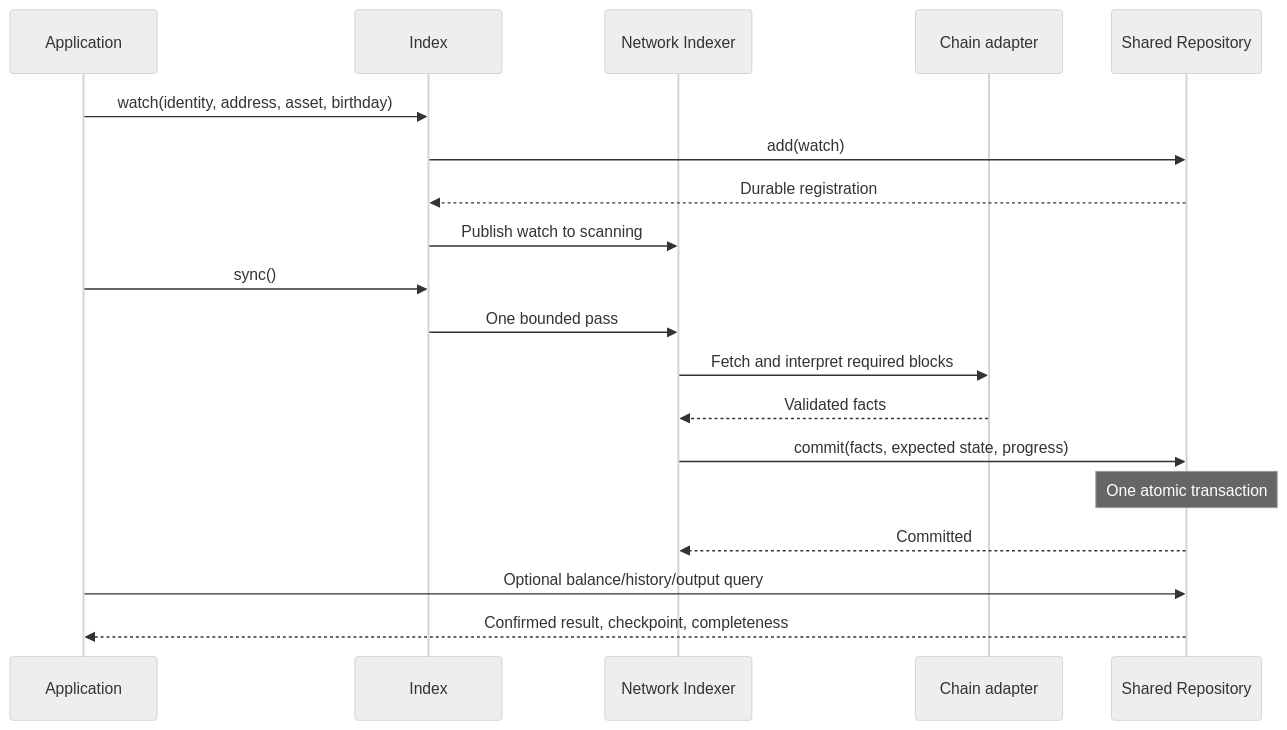
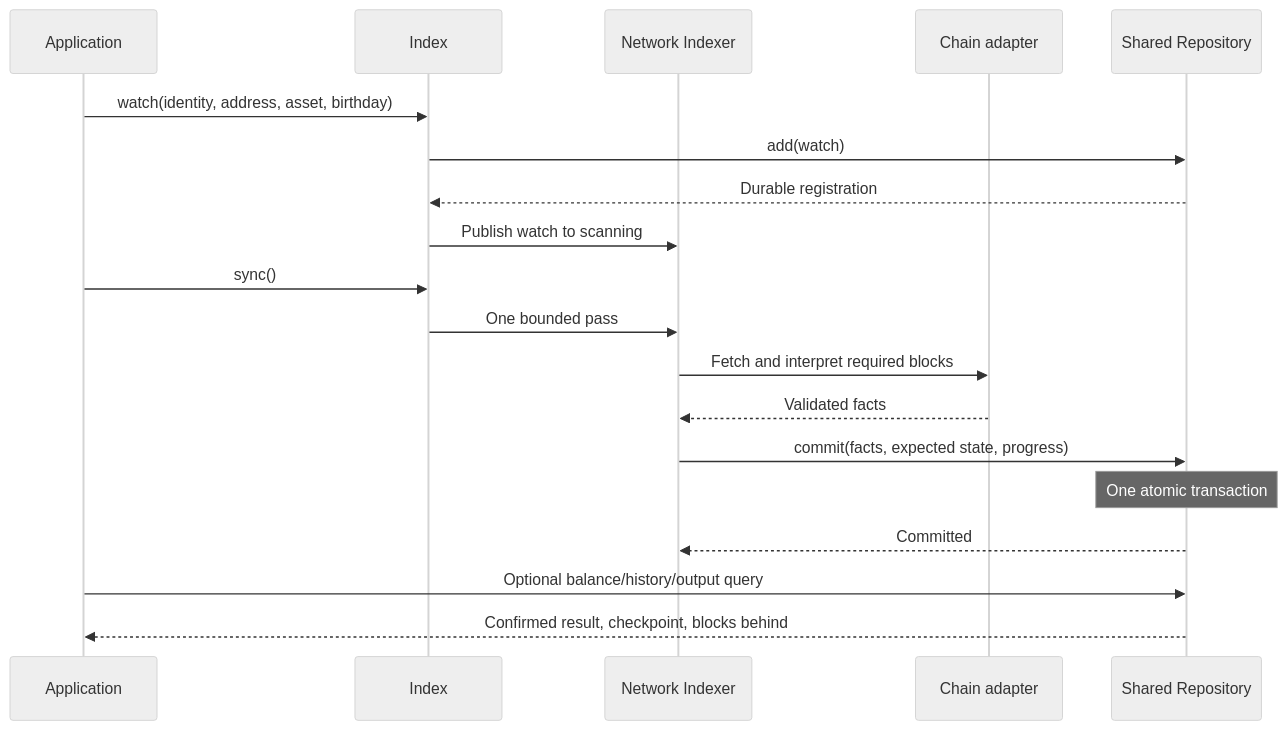
One commit to hashinbox/hashinbox changed the diagram in ARCHITECTURE.md. Above: the diagram before and after it, drawn with Mermaid (neutral theme). The commit also changed other lines of this file and 176 other files, not shown here.

````diff
--- a/ARCHITECTURE.md
+++ b/ARCHITECTURE.md
@@ -83,21 +84,21 @@
 ```mermaid
 sequenceDiagram
     participant App as Application
     participant Index
     participant I as Network Indexer
     participant C as Chain adapter
     participant R as Shared Repository
     App->>Index: watch(identity, address, asset, birthday)
     Index->>R: add(watch)
     R-->>Index: Durable registration
     Index->>I: Publish watch to scanning
     App->>Index: sync()
     Index->>I: One bounded pass
     I->>C: Fetch and interpret required blocks
     C-->>I: Validated facts
     I->>R: commit(facts, expected state, progress)
     Note over R: One atomic transaction
     R-->>I: Committed
     App->>R: Optional balance/history/output query
-    R-->>App: Confirmed result, checkpoint, completeness
+    R-->>App: Confirmed result, checkpoint, blocks behind
 ```
````
